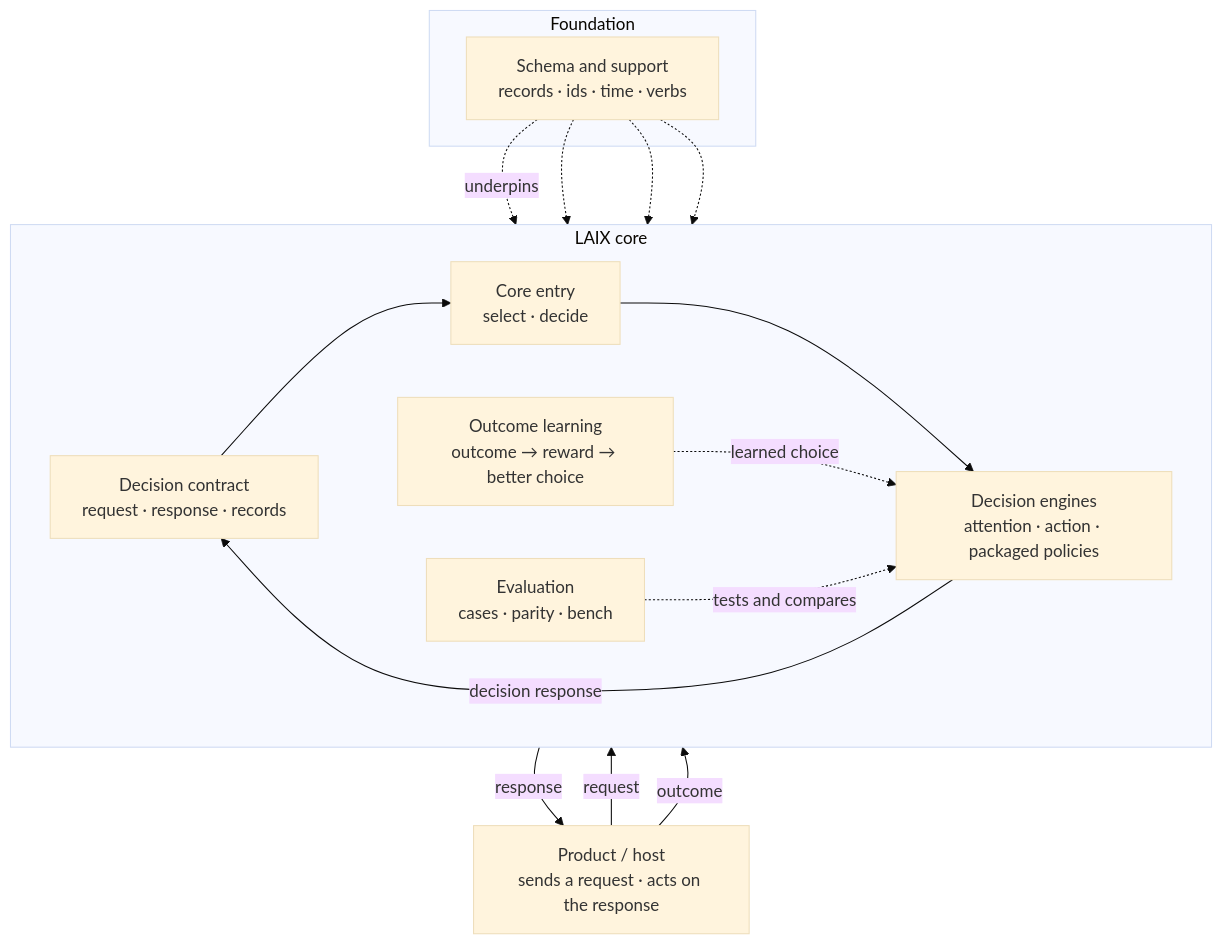
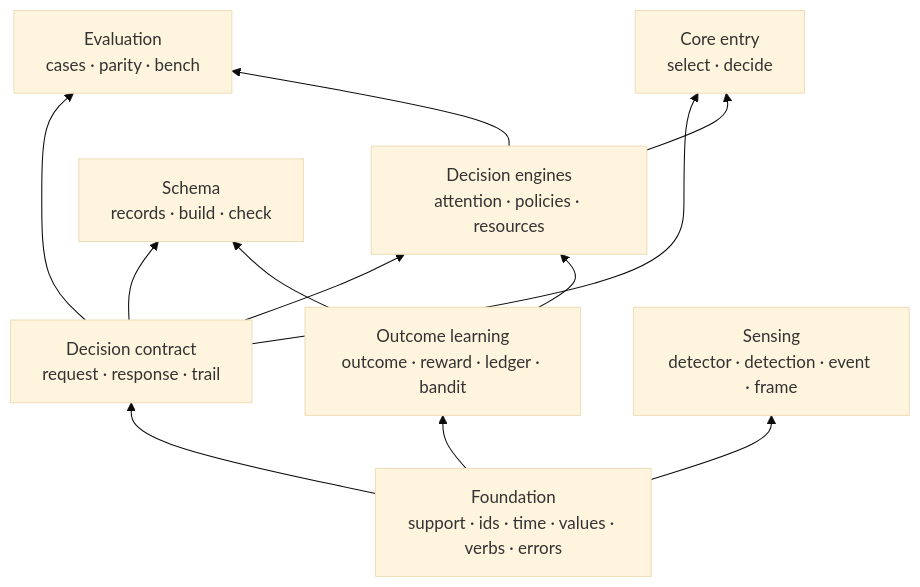
The diagram in docs/core/00-core-architecture.md (michaelatamuk/laix), drawn with Mermaid (base theme) before and after one commit. The commit also changed other lines of this file and 1 other file, not shown here.

Commit message:
docs: show the core as stacked LAIX-only blocks
Remove the product, app kit and model from the picture. Keep the foundation, contract, learning, sensing, engines, evaluation, schema and entry blocks.

````diff
--- a/docs/core/00-core-architecture.md
+++ b/docs/core/00-core-architecture.md
@@ -6,30 +6,27 @@
 ```mermaid
-flowchart TB
-    Product["Product / host<br/>sends a request · acts on the response"]
+flowchart BT
+    foundation["Foundation<br/>support · ids · time · values · verbs · errors"]
+    contracts["Decision contract<br/>request · response · trail"]
+    learning["Outcome learning<br/>outcome · reward · ledger · bandit"]
+    sensing["Sensing<br/>detector · detection · event · frame"]
+    engines["Decision engines<br/>attention · policies · resources"]
+    evaluation["Evaluation<br/>cases · parity · bench"]
+    schema["Schema<br/>records · build · check"]
+    entry["Core entry<br/>select · decide"]
 
-    subgraph Core["LAIX core"]
-        direction LR
-        Contract["Decision contract<br/>request · response · records"]
-        Entry["Core entry<br/>select · decide"]
-        Engines["Decision engines<br/>attention · action · packaged policies"]
-        Learning["Outcome learning<br/>outcome → reward → better choice"]
-        Evaluation["Evaluation<br/>cases · parity · bench"]
-    end
+    foundation --> contracts
+    foundation --> learning
+    foundation --> sensing
 
-    subgraph Foundation["Foundation"]
-        Support["Schema and support<br/>records · ids · time · verbs"]
-    end
+    contracts --> engines
+    learning --> engines
 
-    Product -->|request| Contract
-    Contract --> Entry
-    Entry --> Engines
-    Engines -->|decision response| Contract
-    Contract -->|response| Product
-    Product -->|outcome| Learning
-    Learning -.->|learned choice| Engines
-    Evaluation -.->|tests and compares| Engines
-    Support -.->|underpins| Contract
-    Support -.-> Engines
-    Support -.-> Learning
-    Support -.-> Evaluation
+    contracts --> evaluation
+    engines --> evaluation
+
+    contracts --> schema
+    learning --> schema
+
+    contracts --> entry
+    engines --> entry
 ```
````
